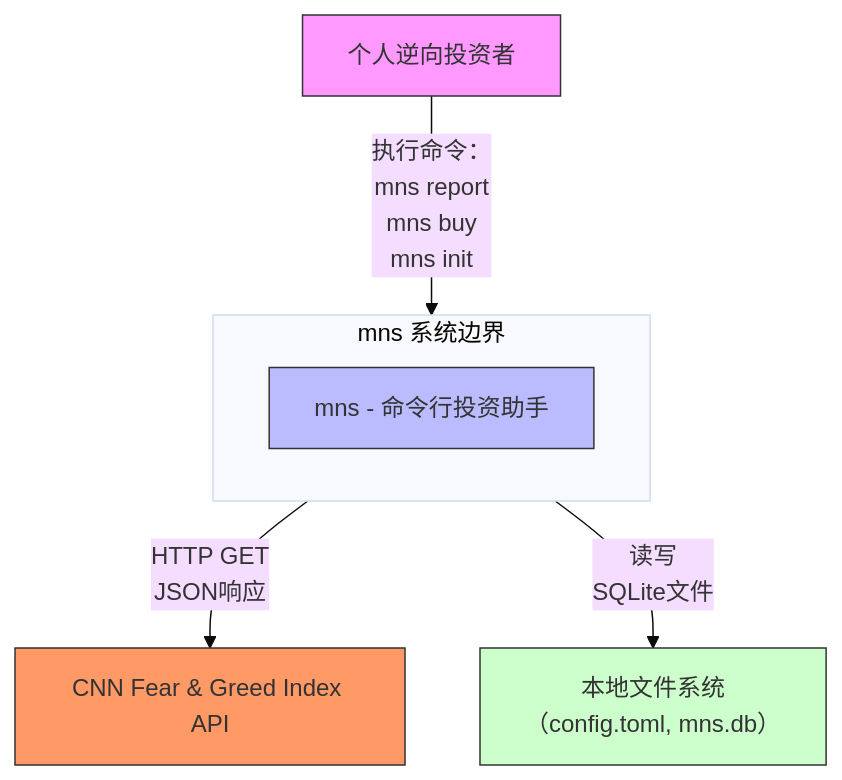
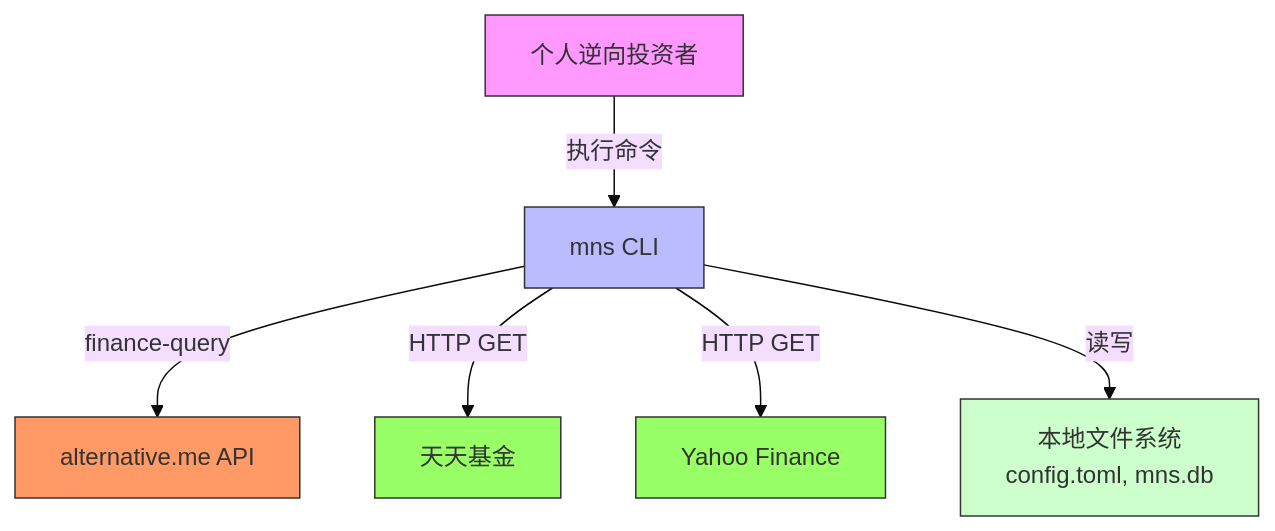
Before and after one commit to sopaco/money-never-sleep: the diagram in litho.docs/1、项目概述.md, drawn with Mermaid (base theme). The commit also changed other lines of this file and 36 other files, not shown here.

Commit message:
Integrate finance-query crate and clean up old backtest files

````diff
--- a/litho.docs/1、项目概述.md
+++ b/litho.docs/1、项目概述.md
@@ -138,24 +131,15 @@
 ```mermaid
 graph TD
-    A[个人逆向投资者] -->|执行命令：<br> mns report<br> mns buy<br> mns init| B[mns - 命令行投资助手]
-    B -->|HTTP GET<br>JSON响应| C[CNN Fear & Greed Index API]
-    B -->|读写<br>SQLite文件| D[本地文件系统<br>（config.toml, mns.db）]
+    A[个人逆向投资者] -->|执行命令| B[mns CLI]
+    B -->|finance-query| C[alternative.me API]
+    B -->|HTTP GET| D[天天基金]
+    B -->|HTTP GET| E[Yahoo Finance]
+    B -->|读写| F[本地文件系统<br/>config.toml, mns.db]
 
     style A fill:#f9f,stroke:#333
     style B fill:#bbf,stroke:#333
     style C fill:#f96,stroke:#333
-    style D fill:#cfc,stroke:#333
-
-    subgraph "mns 系统边界"
-        direction LR
-        B
-    end
-
-    classDef external fill:#f96,stroke:#333;
-    classDef user fill:#f9f,stroke:#333;
-    classDef local fill:#cfc,stroke:#333;
-
-    class C external
-    class A user
-    class D local
+    style D fill:#9f6,stroke:#333
+    style E fill:#9f6,stroke:#333
+    style F fill:#cfc,stroke:#333
 ```
````
